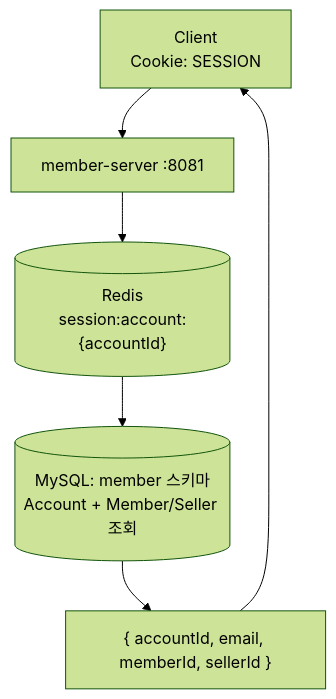
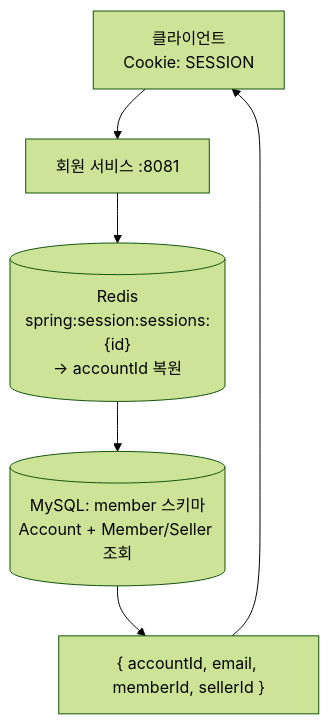
The diagram in mini-coupang/diagrams/src/06-me.mmd (ing9990/deep-blog), drawn with Mermaid (forest theme) before and after one commit. The commit also changed 21 other files, not shown here.

First line of the commit message:
docs(diagrams): 한글 라벨 컨벤션 일괄 적용 + UC-08 MySQL LIKE 단일 채널로 정정

```diff
--- a/mini-coupang/diagrams/src/06-me.mmd
+++ b/mini-coupang/diagrams/src/06-me.mmd
@@ -1,6 +1,6 @@
 flowchart TD
-    C["Client<br/>Cookie: SESSION"] --> MS["member-server :8081"]
-    MS --> R[("Redis<br/>session:account:{accountId}")]
+    C["클라이언트<br/>Cookie: SESSION"] --> MS["회원 서비스 :8081"]
+    MS --> R[("Redis<br/>spring:session:sessions:{id}<br/>→ accountId 복원")]
     R --> DB[("MySQL: member 스키마<br/>Account + Member/Seller 조회")]
     DB --> Resp["{ accountId, email, memberId, sellerId }"]
     Resp --> C
```
